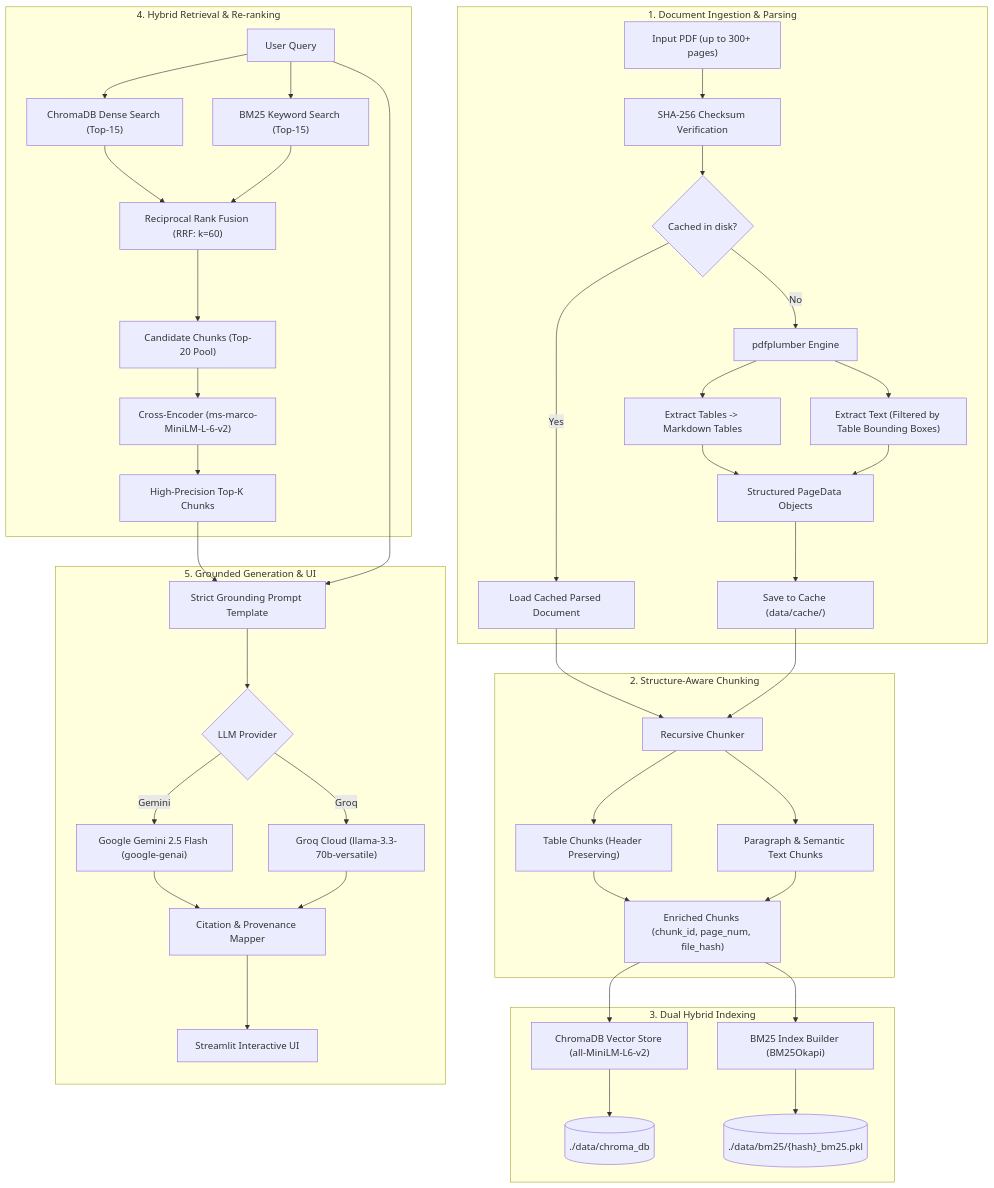
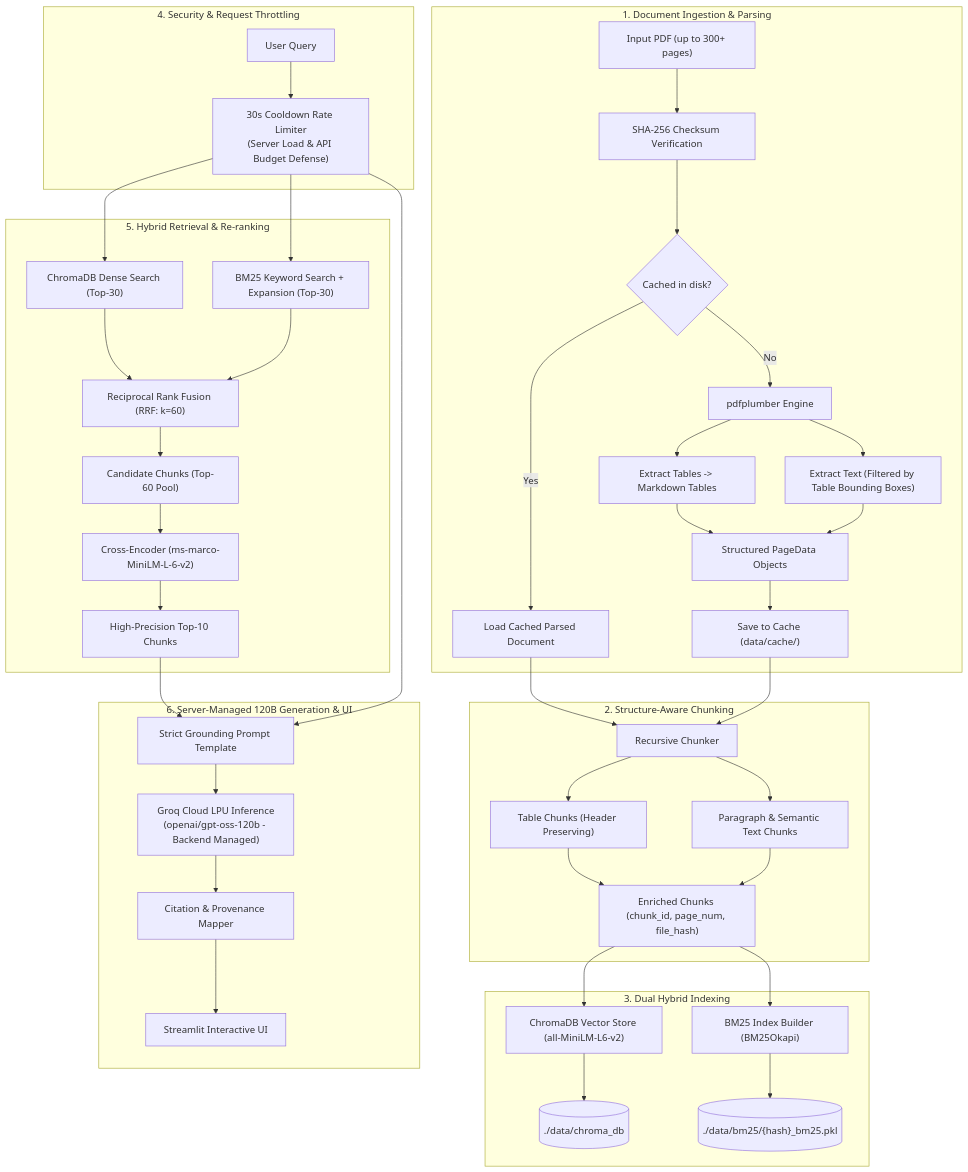
The diagram in README.md (imofficialharsh/DocMind-RAG), drawn with Mermaid before and after one commit. The commit also changed other lines of this file and 4 other files, not shown here.

Commit message:
feat: migrate to server-side Groq 120B model, add 30s rate limiter, and simplify UI

````diff
--- a/README.md
+++ b/README.md
@@ -9,45 +9,48 @@
 ```mermaid
 flowchart TD
     subgraph Ingestion ["1. Document Ingestion & Parsing"]
         PDF["Input PDF (up to 300+ pages)"] --> Hash["SHA-256 Checksum Verification"]
         Hash --> CacheCheck{"Cached in disk?"}
         CacheCheck -- Yes --> LoadCache["Load Cached Parsed Document"]
         CacheCheck -- No --> Extractor["pdfplumber Engine"]
         Extractor --> TableExt["Extract Tables -> Markdown Tables"]
         Extractor --> TextExt["Extract Text (Filtered by Table Bounding Boxes)"]
         TableExt & TextExt --> StructuredDoc["Structured PageData Objects"]
         StructuredDoc --> SaveCache["Save to Cache (data/cache/)"]
     end
 
     subgraph Chunking ["2. Structure-Aware Chunking"]
         LoadCache & SaveCache --> Chunker["Recursive Chunker"]
         Chunker --> TableChunks["Table Chunks (Header Preserving)"]
         Chunker --> TextChunks["Paragraph & Semantic Text Chunks"]
         TableChunks & TextChunks --> ChunkProvenance["Enriched Chunks (chunk_id, page_num, file_hash)"]
     end
 
     subgraph Indexing ["3. Dual Hybrid Indexing"]
         ChunkProvenance --> ChromaDB["ChromaDB Vector Store (all-MiniLM-L6-v2)"]
         ChunkProvenance --> BM25["BM25 Index Builder (BM25Okapi)"]
         ChromaDB --> ChromaPersist[("./data/chroma_db")]
         BM25 --> BM25Persist[("./data/bm25/{hash}_bm25.pkl")]
     end
 
-    subgraph Retrieval ["4. Hybrid Retrieval & Re-ranking"]
-        UserQuery["User Query"] --> DenseRetriever["ChromaDB Dense Search (Top-15)"]
-        UserQuery --> BM25Retriever["BM25 Keyword Search (Top-15)"]
-        DenseRetriever & BM25Retriever --> RRF["Reciprocal Rank Fusion (RRF: k=60)"]
-        RRF --> CandidatePool["Candidate Chunks (Top-20 Pool)"]
-        CandidatePool --> CrossEncoder["Cross-Encoder (ms-marco-MiniLM-L-6-v2)"]
-        CrossEncoder --> FinalTopK["High-Precision Top-K Chunks"]
+    subgraph Security ["4. Security & Request Throttling"]
+        UserQuery["User Query"] --> RateLimit["30s Cooldown Rate Limiter\n(Server Load & API Budget Defense)"]
     end
 
-    subgraph Generation ["5. Grounded Generation & UI"]
-        FinalTopK & UserQuery --> GroundingPrompt["Strict Grounding Prompt Template"]
-        GroundingPrompt --> LLM{"LLM Provider"}
-        LLM -- Gemini --> GenAI["Google Gemini 2.5 Flash (google-genai)"]
-        LLM -- Groq --> GroqCloud["Groq Cloud (llama-3.3-70b-versatile)"]
-        GenAI & GroqCloud --> CitationExtractor["Citation & Provenance Mapper"]
+    subgraph Retrieval ["5. Hybrid Retrieval & Re-ranking"]
+        RateLimit --> DenseRetriever["ChromaDB Dense Search (Top-30)"]
+        RateLimit --> BM25Retriever["BM25 Keyword Search + Expansion (Top-30)"]
+        DenseRetriever & BM25Retriever --> RRF["Reciprocal Rank Fusion (RRF: k=60)"]
+        RRF --> CandidatePool["Candidate Chunks (Top-60 Pool)"]
+        CandidatePool --> CrossEncoder["Cross-Encoder (ms-marco-MiniLM-L-6-v2)"]
+        CrossEncoder --> FinalTopK["High-Precision Top-10 Chunks"]
+    end
+
+    subgraph Generation ["6. Server-Managed 120B Generation & UI"]
+        FinalTopK --> GroundingPrompt["Strict Grounding Prompt Template"]
+        RateLimit --> GroundingPrompt
+        GroundingPrompt --> GroqCloud["Groq Cloud LPU Inference\n(openai/gpt-oss-120b - Backend Managed)"]
+        GroqCloud --> CitationExtractor["Citation & Provenance Mapper"]
         CitationExtractor --> StreamlitUI["Streamlit Interactive UI"]
     end
 ```
````
